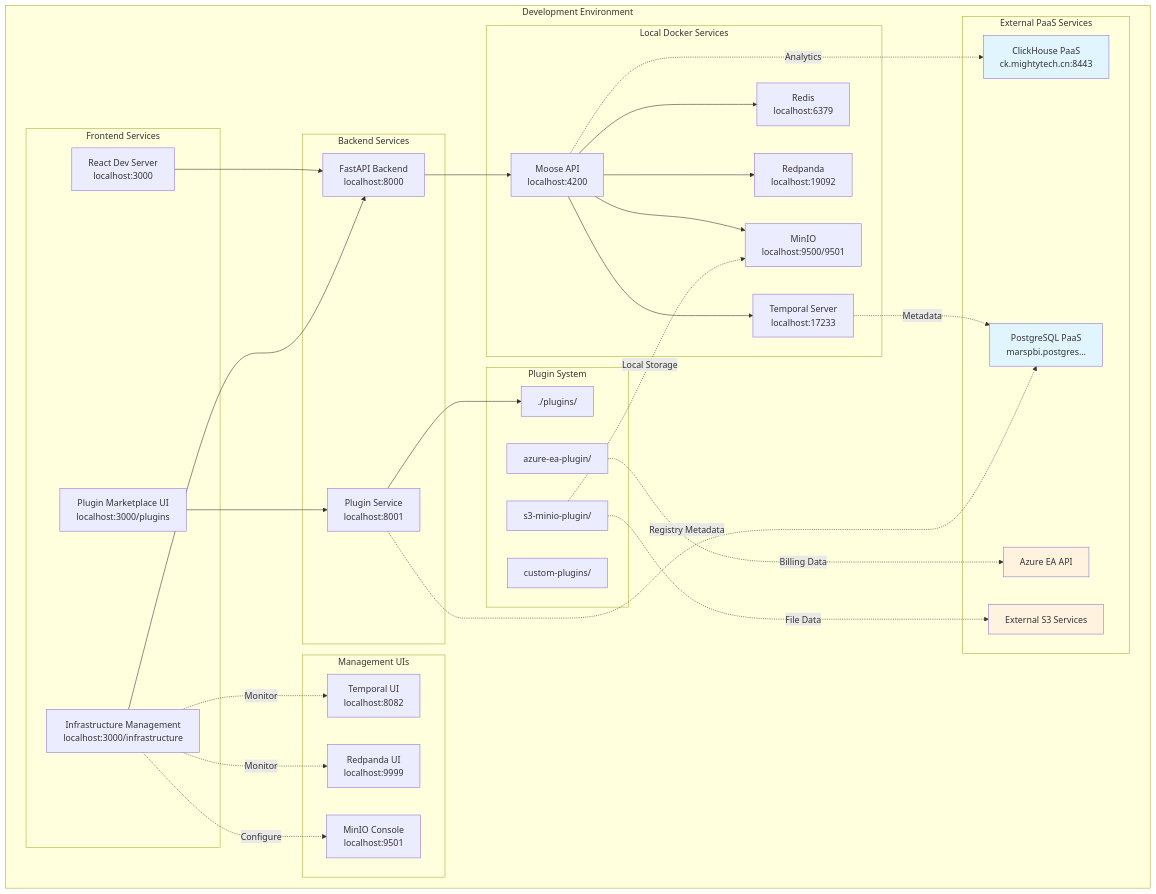
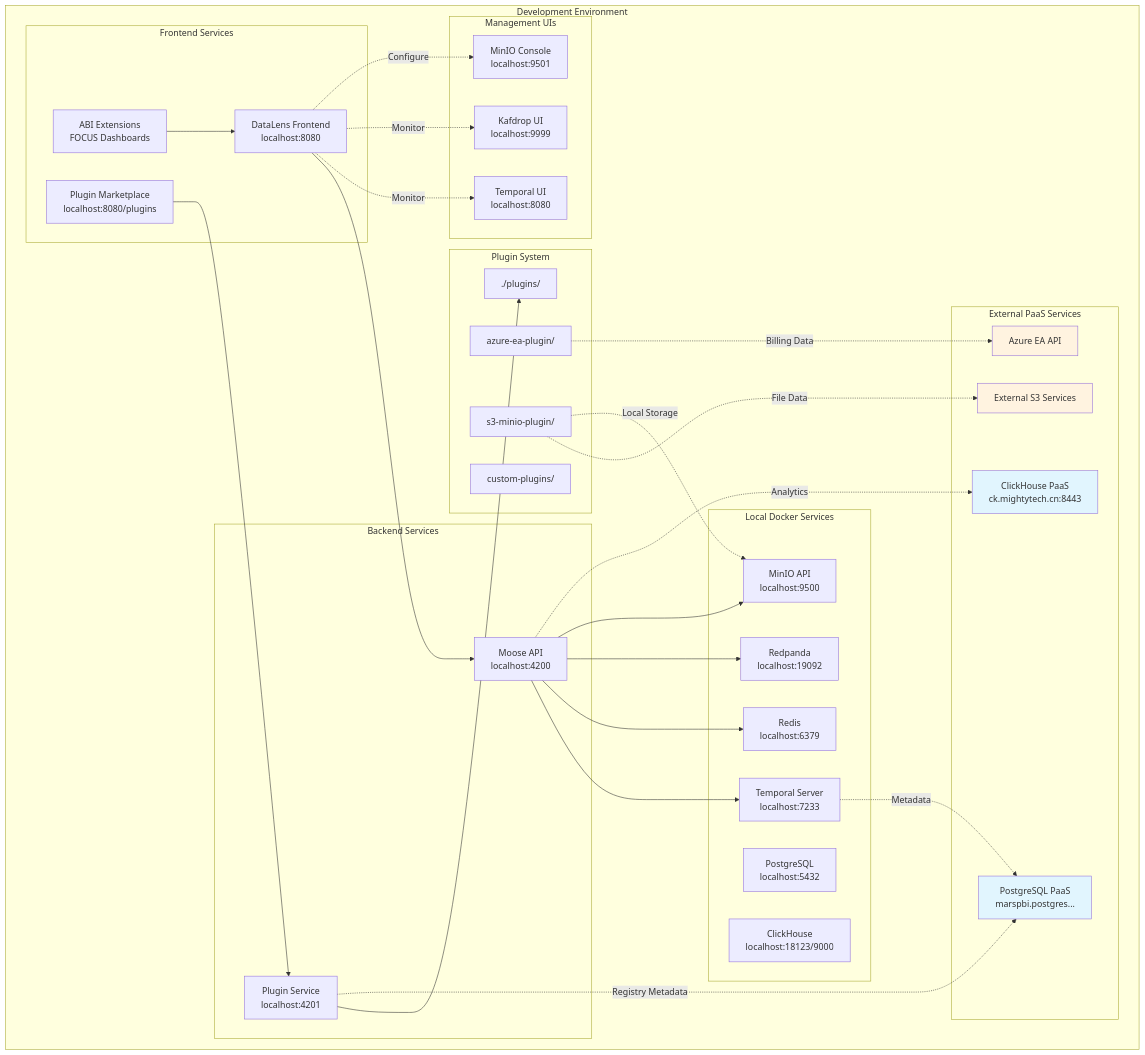
One commit to chris-han/area-code changed the second of 5 diagrams in .kiro/specs/azure-billing-intelligence/design.md. Above: the diagram before and after it, drawn with Mermaid. The commit also changed other lines of this file and 1 other file, not shown here.

First line of the commit message:
refactor(dev-env): standardize configuration and service ports

````diff
--- a/.kiro/specs/azure-billing-intelligence/design.md
+++ b/.kiro/specs/azure-billing-intelligence/design.md
@@ -95,75 +95,75 @@
 ```mermaid
 graph TB
     subgraph "Development Environment"
         subgraph "Frontend Services"
-            REACT_L[React Dev Server<br/>localhost:3000]
-            PLUGIN_MARKET[Plugin Marketplace UI<br/>localhost:3000/plugins]
-            INFRA_MGMT[Infrastructure Management<br/>localhost:3000/infrastructure]
+            DATALENS_L[DataLens Frontend<br/>localhost:8080]
+            ABI_EXT[ABI Extensions<br/>FOCUS Dashboards]
+            PLUGIN_UI[Plugin Marketplace<br/>localhost:8080/plugins]
         end
         
         subgraph "Backend Services"
-            FASTAPI_L[FastAPI Backend<br/>localhost:8000]
-            PLUGIN_SVC[Plugin Service<br/>localhost:8001]
+            MOOSE_L[Moose API<br/>localhost:4200]
+            PLUGIN_SVC[Plugin Service<br/>localhost:4201]
         end
         
         subgraph "Local Docker Services"
             REDIS_L[Redis<br/>localhost:6379]
             REDPANDA_L[Redpanda<br/>localhost:19092]
-            TEMPORAL_L[Temporal Server<br/>localhost:17233]
-            MOOSE_L[Moose API<br/>localhost:4200]
-            MINIO_L[MinIO<br/>localhost:9500/9501]
+            TEMPORAL_L[Temporal Server<br/>localhost:7233]
+            POSTGRESQL_L[PostgreSQL<br/>localhost:5432]
+            CLICKHOUSE_L[ClickHouse<br/>localhost:18123/9000]
+            MINIO_L[MinIO API<br/>localhost:9500]
         end
         
         subgraph "Management UIs"
-            TEMPORAL_UI[Temporal UI<br/>localhost:8082]
-            REDPANDA_UI_L[Redpanda UI<br/>localhost:9999]
+            TEMPORAL_UI[Temporal UI<br/>localhost:8080]
+            KAFDROP_UI[Kafdrop UI<br/>localhost:9999]
             MINIO_UI_L[MinIO Console<br/>localhost:9501]
         end
         
         subgraph "Plugin System"
             PLUGIN_DIR[./plugins/]
             AZURE_P[azure-ea-plugin/]
             S3_P[s3-minio-plugin/]
             CUSTOM_P[custom-plugins/]
         end
         
         subgraph "External PaaS Services"
             CH_REMOTE[ClickHouse PaaS<br/>ck.mightytech.cn:8443]
             PG_REMOTE[PostgreSQL PaaS<br/>marspbi.postgres...]
             AZURE_API[Azure EA API]
             S3_REMOTE[External S3 Services]
 
         end
     end
     
-    REACT_L --> FASTAPI_L
-    PLUGIN_MARKET --> PLUGIN_SVC
-    INFRA_MGMT --> FASTAPI_L
+    DATALENS_L --> MOOSE_L
+    ABI_EXT --> DATALENS_L
+    PLUGIN_UI --> PLUGIN_SVC
     
-    FASTAPI_L --> MOOSE_L
     PLUGIN_SVC --> PLUGIN_DIR
     
     MOOSE_L --> TEMPORAL_L
     MOOSE_L --> REDIS_L
     MOOSE_L --> REDPANDA_L
     MOOSE_L --> MINIO_L
     
     MOOSE_L -.->|Analytics| CH_REMOTE
     TEMPORAL_L -.->|Metadata| PG_REMOTE
     
     AZURE_P -.->|Billing Data| AZURE_API
     S3_P -.->|File Data| S3_REMOTE
     S3_P -.->|Local Storage| MINIO_L
     
     PLUGIN_SVC -.->|Registry Metadata| PG_REMOTE
     
-    INFRA_MGMT -.->|Monitor| TEMPORAL_UI
-    INFRA_MGMT -.->|Monitor| REDPANDA_UI_L
-    INFRA_MGMT -.->|Configure| MINIO_UI_L
+    DATALENS_L -.->|Monitor| TEMPORAL_UI
+    DATALENS_L -.->|Monitor| KAFDROP_UI
+    DATALENS_L -.->|Configure| MINIO_UI_L
     
     style CH_REMOTE fill:#e1f5fe
     style PG_REMOTE fill:#e1f5fe
     style AZURE_API fill:#fff3e0
     style S3_REMOTE fill:#fff3e0
 
 ```
````
